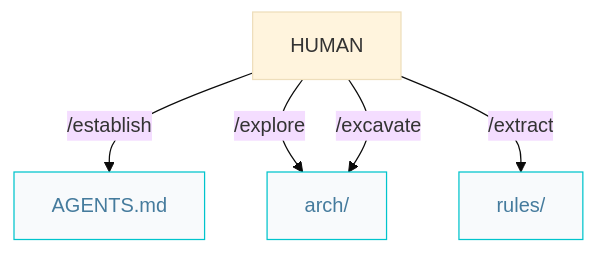
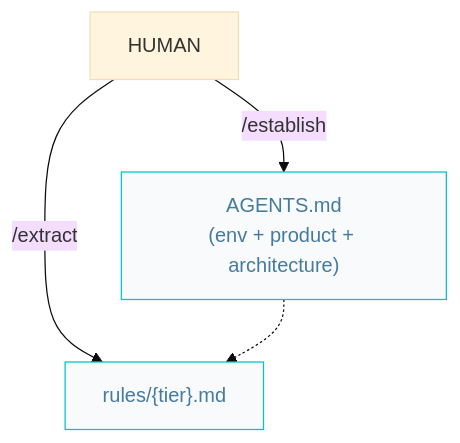
The diagram in docs/architect.pipelines.md (AIDDbot/AIDDbot), drawn with Mermaid (base theme) before and after one commit. The commit also changed other lines of this file and 23 other files, not shown here.

````diff
--- a/docs/architect.pipelines.md
+++ b/docs/architect.pipelines.md
@@ -7,14 +7,12 @@
 ```mermaid
 flowchart TD  
   HUM[HUMAN]
-  AGT["AGENTS.md"]:::nd
-  ARC["arch/"]:::nd
-  RUL["rules/"]:::nd
+  AGT["AGENTS.md<br/>(env + product + architecture)"]:::nd
+  RUL["rules/{tier}.md"]:::nd
 
   HUM -->|/establish| AGT
-  HUM -->|/explore| ARC
-  HUM -->|/excavate| ARC
   HUM -->|/extract| RUL
+  AGT -.-> RUL
 
   classDef nd fill:#f8fafc,stroke:#00c4cc,color:#457b9d
 ```
````
